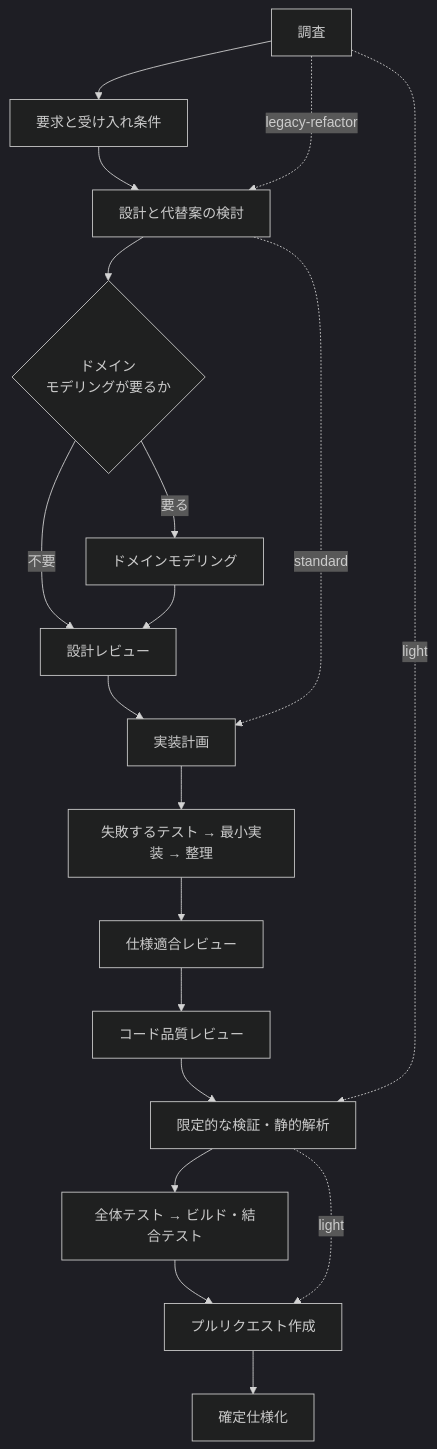
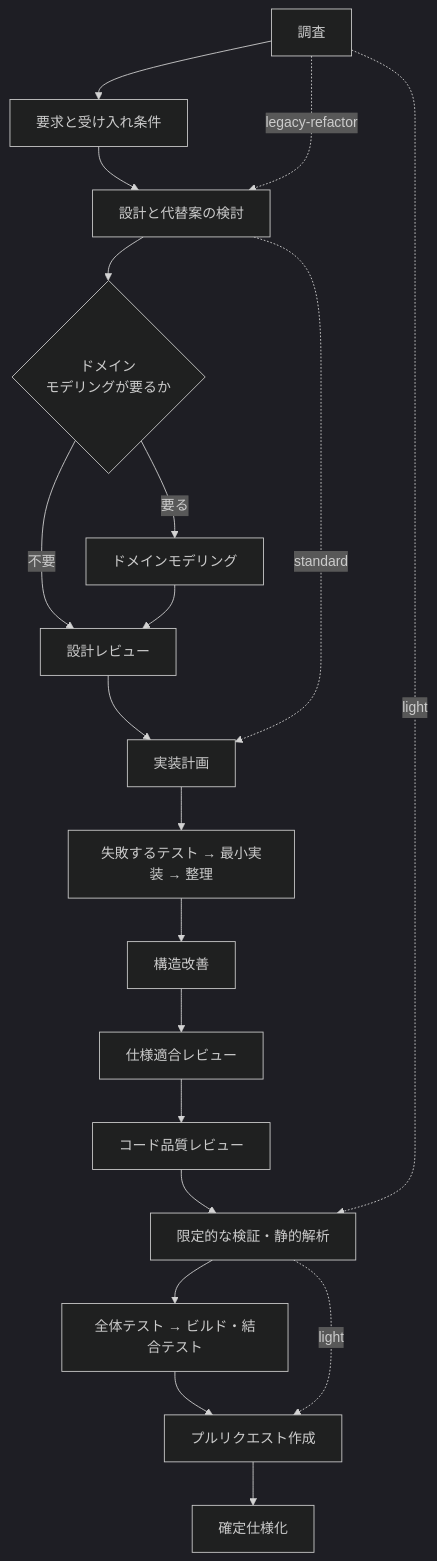
Before and after one commit to devbasex/ai-plugins: the diagram in plugins/ndf-shared/skills/development-workflow/SKILL.md, drawn with Mermaid (dark theme). The commit also changed other lines of this file and 77 other files, not shown here.

````diff
--- a/plugins/ndf-shared/skills/development-workflow/SKILL.md
+++ b/plugins/ndf-shared/skills/development-workflow/SKILL.md
@@ -91,21 +98,22 @@
 ```mermaid
 flowchart TD
     A[調査] --> B[要求と受け入れ条件]
     B --> C[設計と代替案の検討]
     C --> D{ドメイン<br/>モデリングが要るか}
     D -->|要る| E[ドメインモデリング]
     D -->|不要| F[設計レビュー]
     E --> F
     F --> G[実装計画]
     G --> H[失敗するテスト → 最小実装 → 整理]
-    H --> I[仕様適合レビュー]
+    H --> R[構造改善]
+    R --> I[仕様適合レビュー]
     I --> J[コード品質レビュー]
     J --> K[限定的な検証・静的解析]
     K --> N[全体テスト → ビルド・結合テスト]
     N --> L[プルリクエスト作成]
     L --> M[確定仕様化]
     C -.->|standard| G
     A -.->|legacy-refactor| C
     A -.->|light| K
     K -.->|light| L
 ```
````
